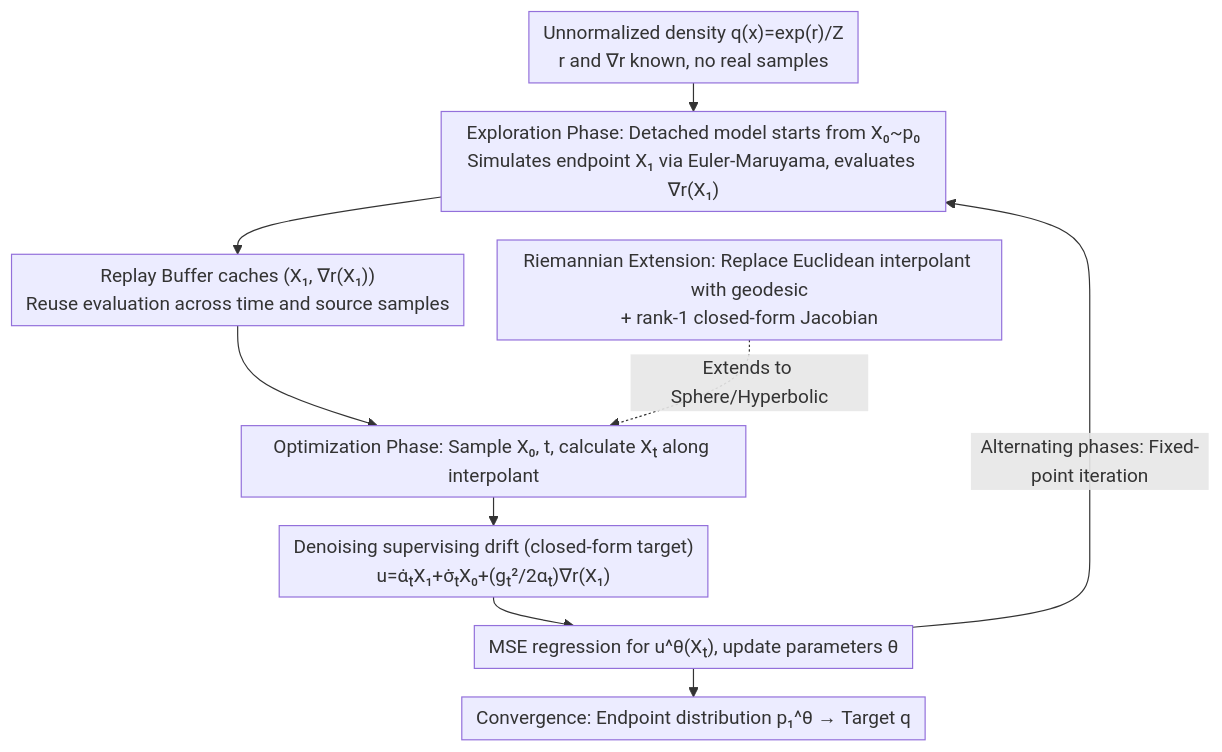
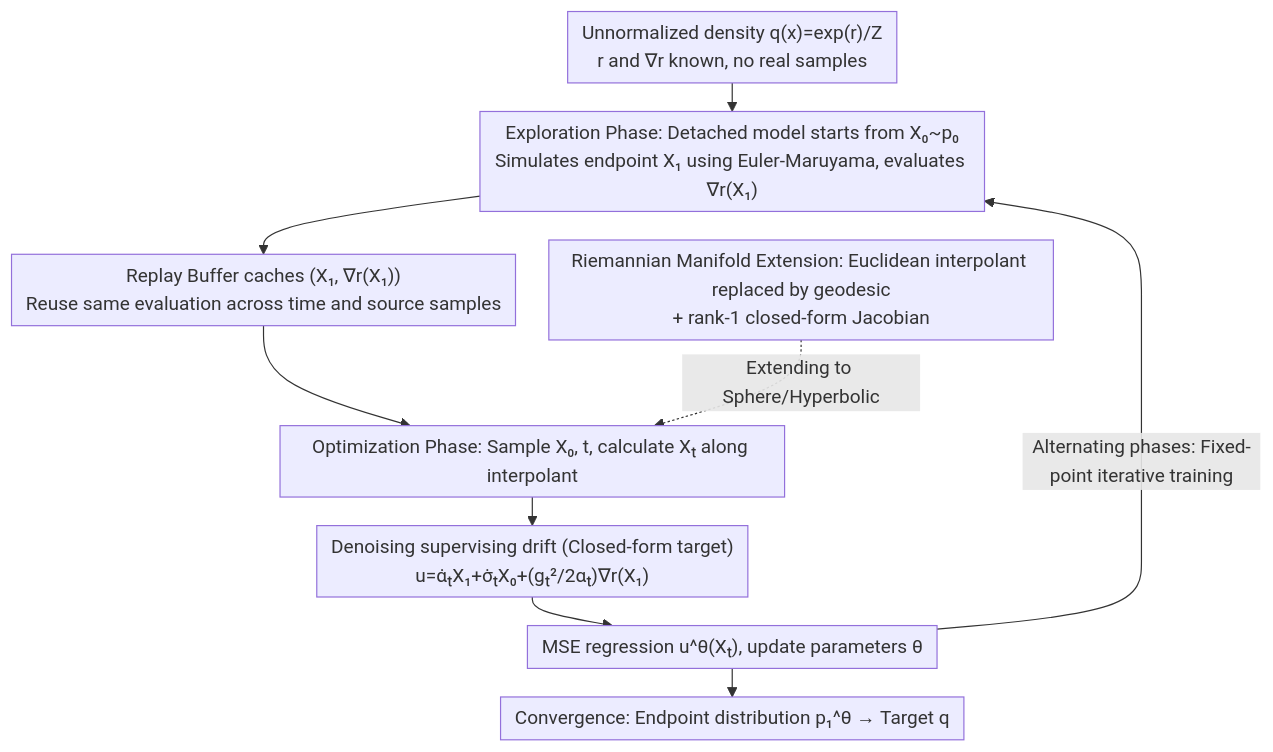
Before and after one commit to zhaoyang97/Paper-Notes-en: the diagram in docs/ICML2026/computational_biology/flow_sampling_learning_to_sample_from_unnormalized_densities_via_denoising_condi.md, drawn with Mermaid. The commit also changed other lines of this file and 5084 other files, not shown here.

````diff
--- a/docs/ICML2026/computational_biology/flow_sampling_learning_to_sample_from_unnormalized_densities_via_denoising_condi.md
+++ b/docs/ICML2026/computational_biology/flow_sampling_learning_to_sample_from_unnormalized_densities_via_denoising_condi.md
@@ -43,12 +43,12 @@
 ```mermaid
 %%{init: {'flowchart': {'rankSpacing': 24, 'nodeSpacing': 28, 'padding': 6, 'wrappingWidth': 400}}}%%
 flowchart TD
     A["Unnormalized density q(x)=exp(r)/Z<br/>r and ∇r known, no real samples"] --> B
-    B["Exploration Phase: Detached model starts from X₀~p₀<br/>Simulates endpoint X₁ via Euler-Maruyama, evaluates ∇r(X₁)"] --> C["Replay Buffer caches (X₁, ∇r(X₁))<br/>Reuse evaluation across time and source samples"]
+    B["Exploration Phase: Detached model starts from X₀~p₀<br/>Simulates endpoint X₁ using Euler-Maruyama, evaluates ∇r(X₁)"] --> C["Replay Buffer caches (X₁, ∇r(X₁))<br/>Reuse same evaluation across time and source samples"]
     C --> D["Optimization Phase: Sample X₀, t, calculate Xₜ along interpolant"]
-    D --> E["Denoising supervising drift (closed-form target)<br/>u=α̇ₜX₁+σ̇ₜX₀+(gₜ²/2αₜ)∇r(X₁)"]
-    E --> F["MSE regression for u^θ(Xₜ), update parameters θ"]
-    F -->|Alternating phases: Fixed-point iteration| B
+    D --> E["Denoising supervising drift (Closed-form target)<br/>u=α̇ₜX₁+σ̇ₜX₀+(gₜ²/2αₜ)∇r(X₁)"]
+    E --> F["MSE regression u^θ(Xₜ), update parameters θ"]
+    F -->|Alternating phases: Fixed-point iterative training| B
     F --> G["Convergence: Endpoint distribution p₁^θ → Target q"]
-    H["Riemannian Extension: Replace Euclidean interpolant with geodesic<br/>+ rank-1 closed-form Jacobian"] -.Extends to Sphere/Hyperbolic.-> D
+    H["Riemannian Manifold Extension: Euclidean interpolant replaced by geodesic<br/>+ rank-1 closed-form Jacobian"] -.Extending to Sphere/Hyperbolic.-> D
 ```
````
